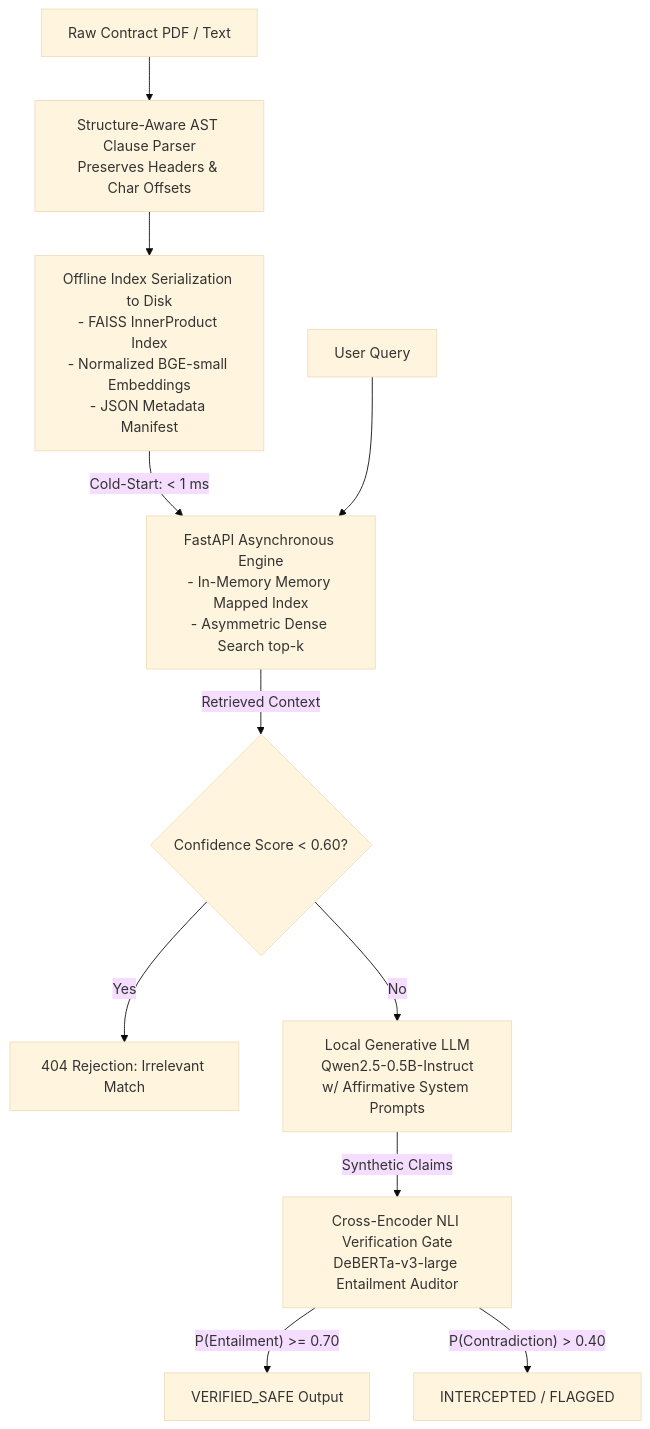
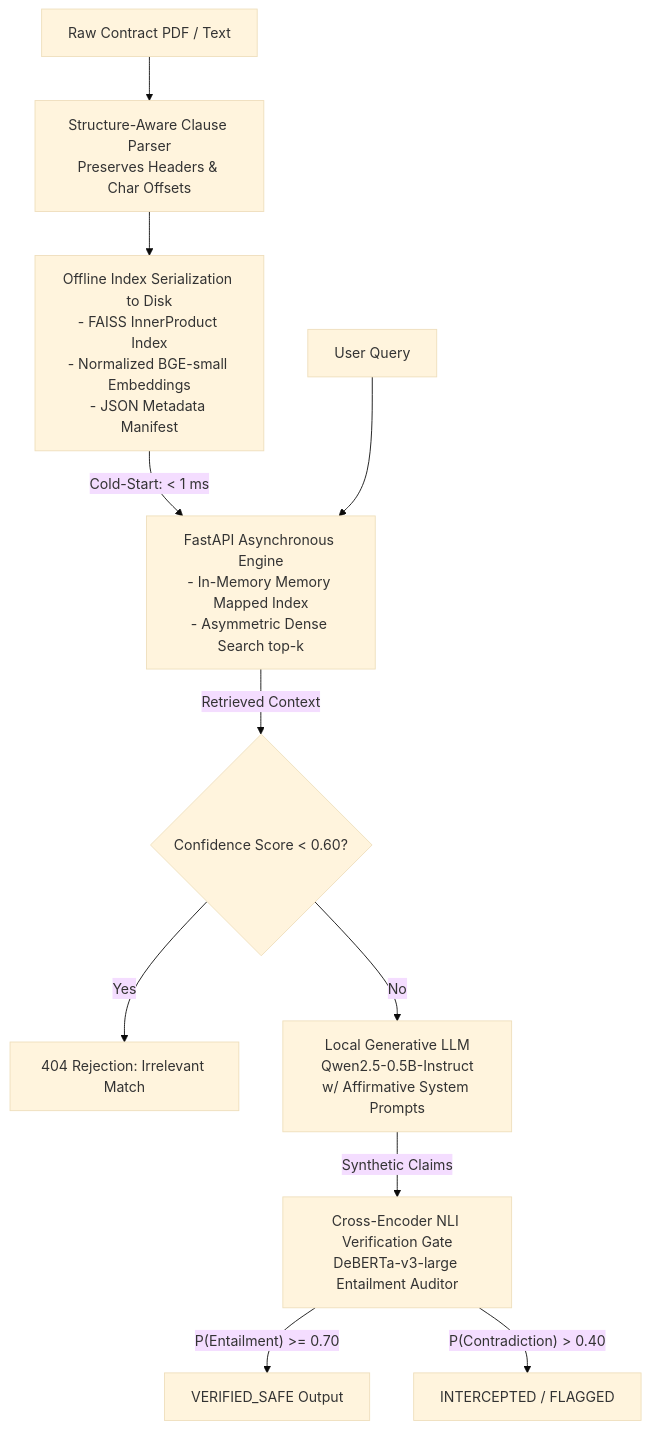
The diagram in README.md (yellowgram1543/legal-safety-engine), drawn with Mermaid (base theme) before and after one commit. The commit also changed other lines of this file, not shown here.

````diff
--- a/README.md
+++ b/README.md
@@ -9,19 +9,19 @@
 ```mermaid
 flowchart TD
-    Raw[Raw Contract PDF / Text] --> AST[Structure-Aware AST Clause Parser<br/>Preserves Headers & Char Offsets]
+    Raw[Raw Contract PDF / Text] --> AST[Structure-Aware Clause Parser<br/>Preserves Headers & Char Offsets]
     AST --> Index[Offline Index Serialization to Disk<br/>- FAISS InnerProduct Index<br/>- Normalized BGE-small Embeddings<br/>- JSON Metadata Manifest]
     
     Index -- "Cold-Start: < 1 ms" --> Engine[FastAPI Asynchronous Engine<br/>- In-Memory Memory Mapped Index<br/>- Asymmetric Dense Search top-k]
     
     Query[User Query] --> Engine
     
     Engine -- Retrieved Context --> RejectionGate{Confidence Score < 0.60?}
     RejectionGate -- Yes --> Reject[404 Rejection: Irrelevant Match]
     
     RejectionGate -- No --> LLM[Local Generative LLM<br/>Qwen2.5-0.5B-Instruct<br/>w/ Affirmative System Prompts]
     
     LLM -- Synthetic Claims --> NLI[Cross-Encoder NLI Verification Gate<br/>DeBERTa-v3-large Entailment Auditor]
     
     NLI -- "P(Entailment) >= 0.70" --> Safe[VERIFIED_SAFE Output]
     NLI -- "P(Contradiction) > 0.40" --> Flagged[INTERCEPTED / FLAGGED]
 ```
````
